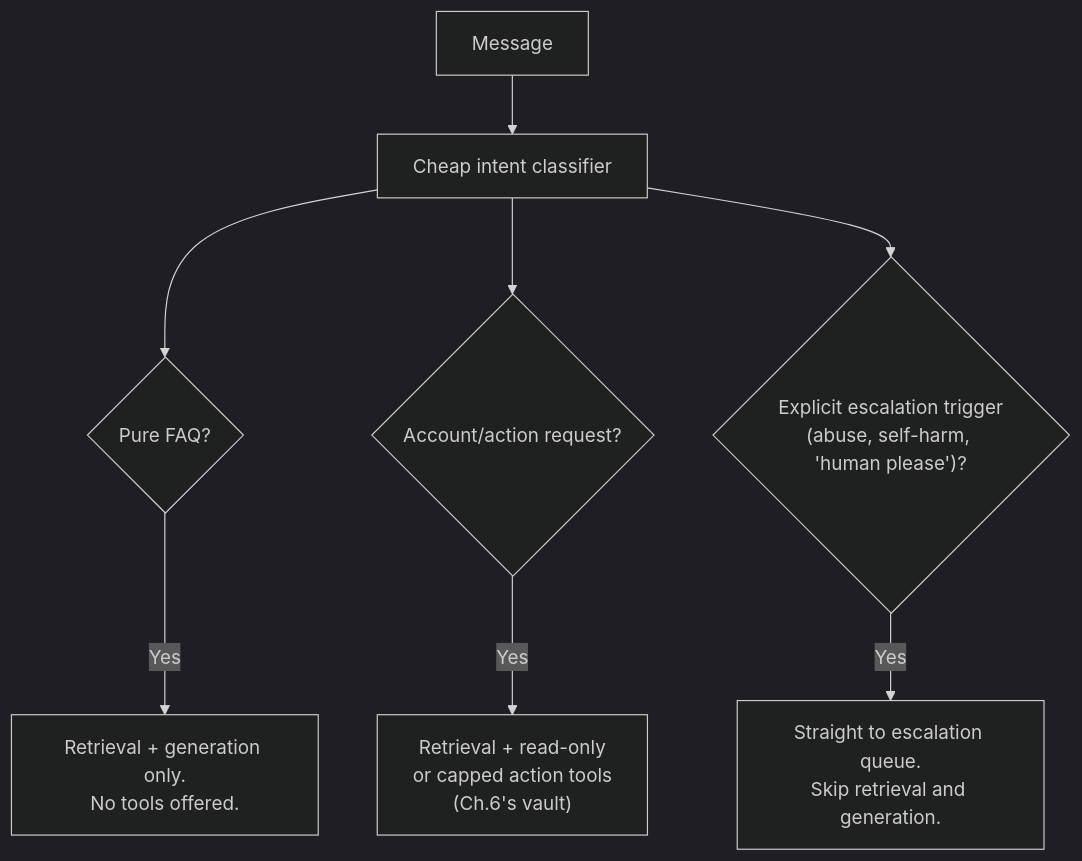
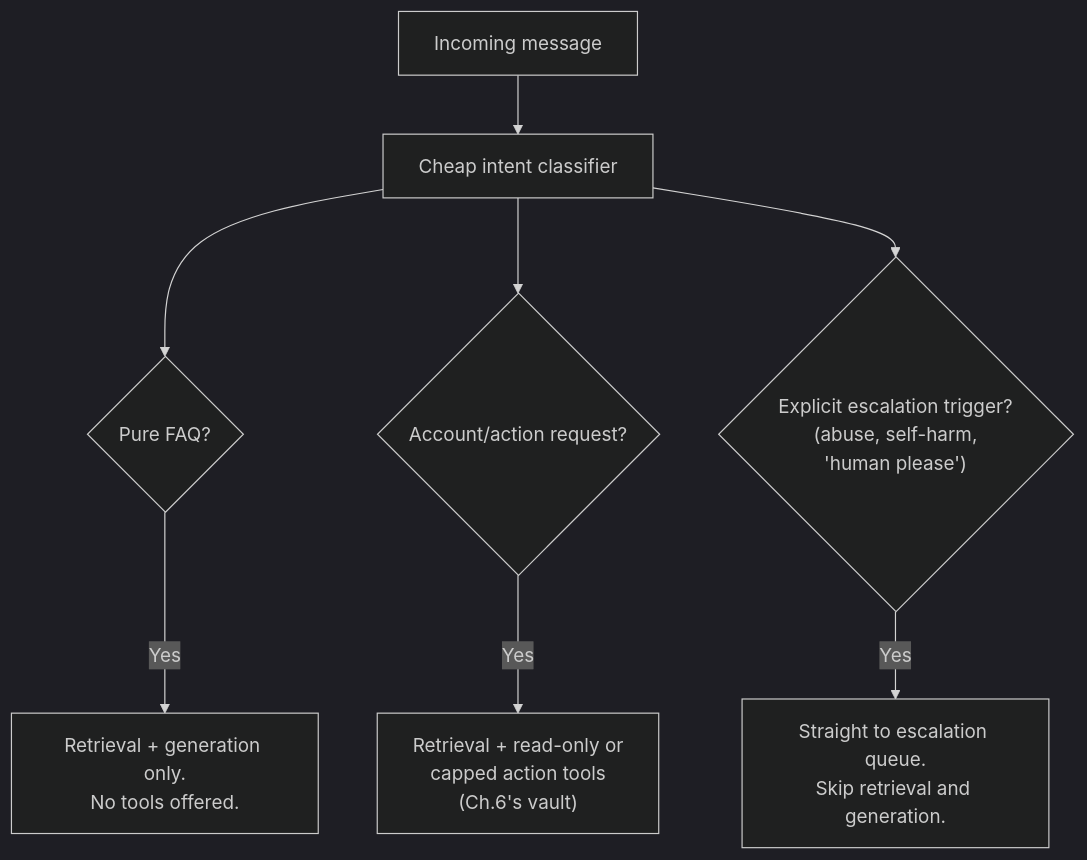
Before and after one commit to riyaz-pasha/Learnings: the tenth of 13 diagrams in system-design/HLD/0-course/44-Design-a-LLM-Customer-Support-Bot-FAANG-Guide-story.md, drawn with Mermaid (dark theme). The commit also changed other lines of this file and 1 other file, not shown here.

Commit message:
[REWRITE] LLM Customer Support Bot story guide: simplify prose, add structure, fix diagrams

````diff
--- a/system-design/HLD/0-course/44-Design-a-LLM-Customer-Support-Bot-FAANG-Guide-story.md
+++ b/system-design/HLD/0-course/44-Design-a-LLM-Customer-Support-Bot-FAANG-Guide-story.md
@@ -250,10 +597,19 @@
 ```mermaid
 flowchart TD
-    MSG["Message"] --> IC["Cheap intent classifier"]
-    IC --> T1{"Pure FAQ?"}
-    T1 -->|Yes| A["Retrieval + generation only.\nNo tools offered."]
-    IC --> T2{"Account/action request?"}
-    T2 -->|Yes| B["Retrieval + read-only\nor capped action tools\n(Ch.6's vault)"]
-    IC --> T3{"Explicit escalation trigger\n(abuse, self-harm, 'human please')?"}
-    T3 -->|Yes| C["Straight to escalation queue.\nSkip retrieval and generation."]
+    MSG["Incoming message"]
+    IC["Cheap intent classifier"]
+    T1{"Pure FAQ?"}
+    T2{"Account/action request?"}
+    T3{"Explicit escalation trigger?<br/>(abuse, self-harm,<br/>'human please')"}
+    A["Retrieval + generation only.<br/>No tools offered."]
+    B["Retrieval + read-only or<br/>capped action tools<br/>(Ch.6's vault)"]
+    C["Straight to escalation queue.<br/>Skip retrieval and generation."]
+
+    MSG --> IC
+    IC --> T1
+    IC --> T2
+    IC --> T3
+    T1 -- Yes --> A
+    T2 -- Yes --> B
+    T3 -- Yes --> C
 ```
````
